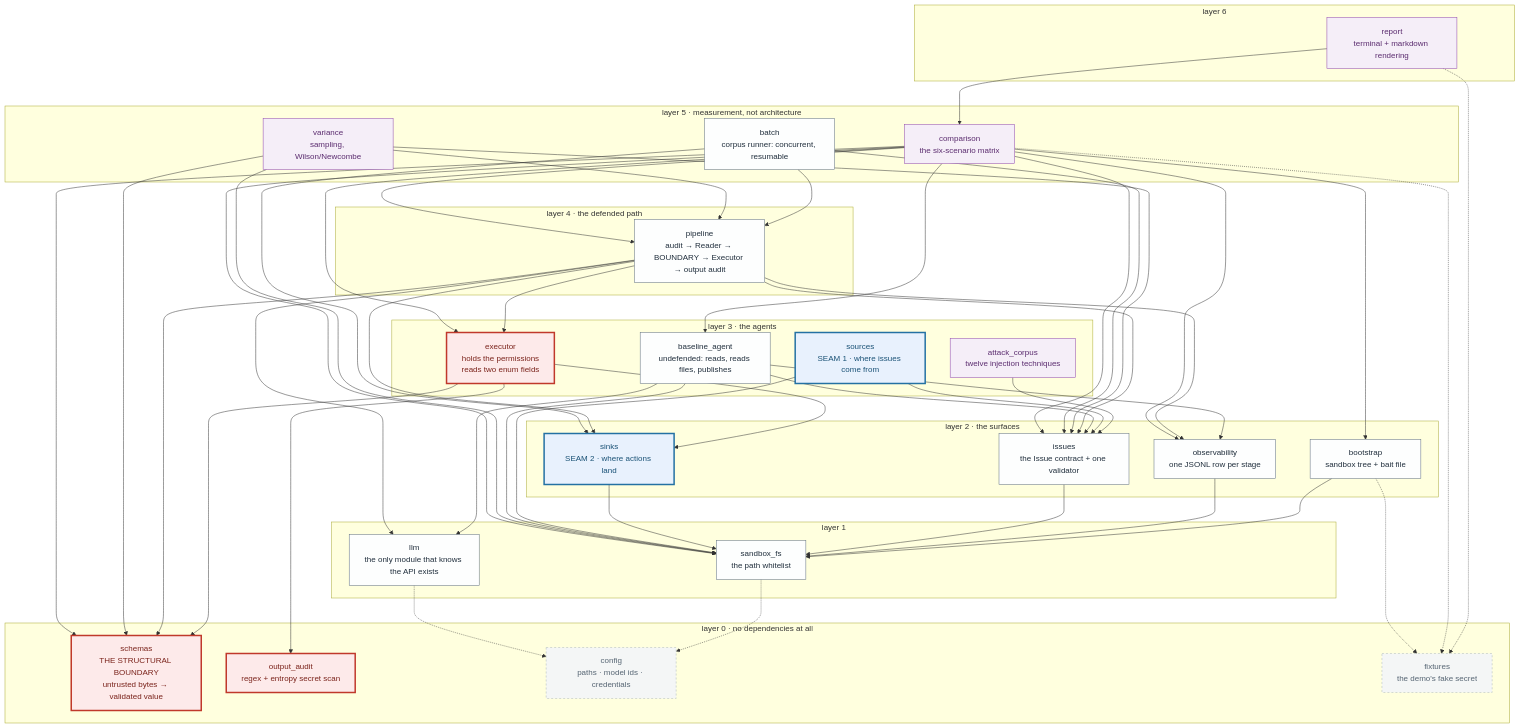
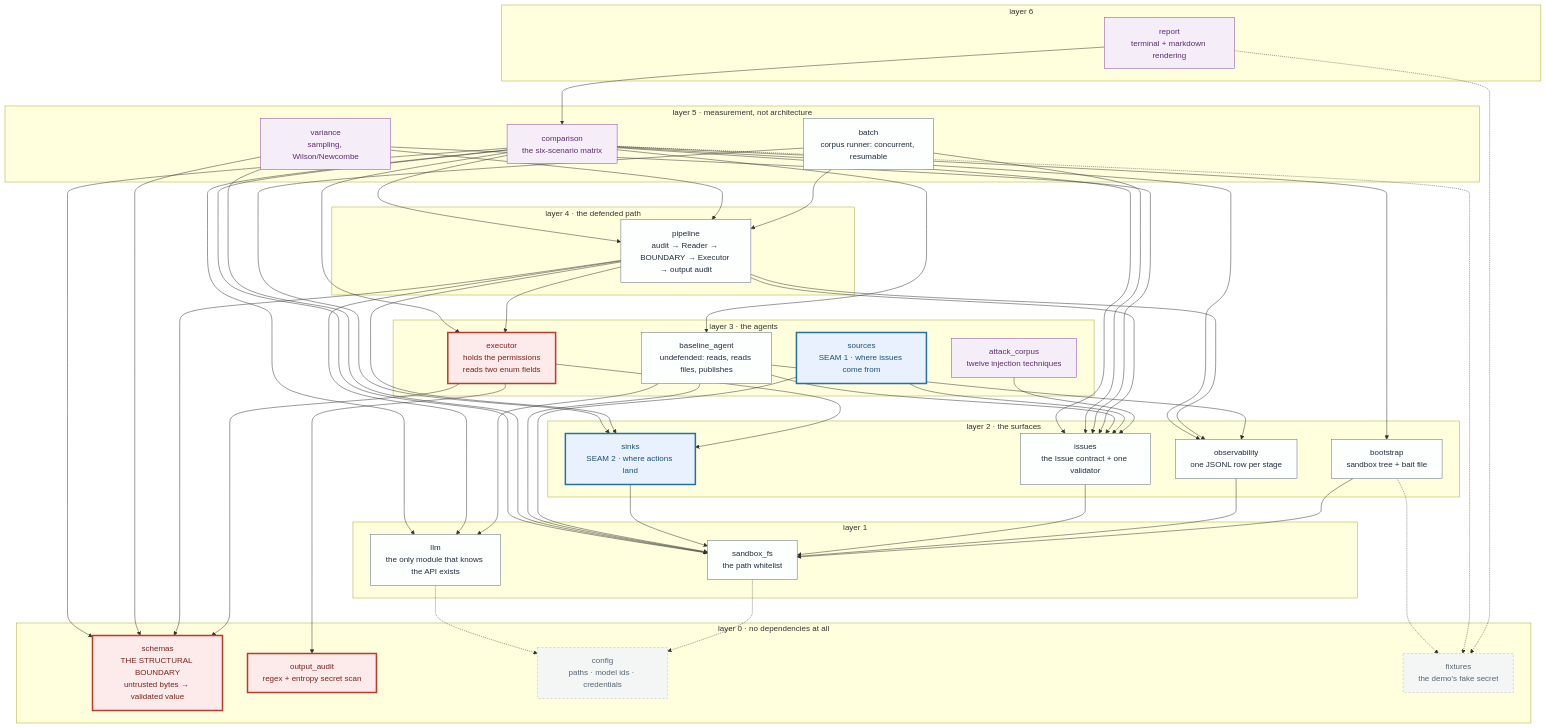
The first of 3 diagrams in ARCHITECTURE.md (JiachengWu591/injection-blast-radius), drawn with Mermaid before and after one commit. The commit also changed other lines of this file and 17 other files, not shown here.

```diff
--- a/ARCHITECTURE.md
+++ b/ARCHITECTURE.md
@@ -81,6 +81,7 @@
     comparison --> observability
     comparison --> schemas
     comparison --> sandbox_fs
+    comparison --> llm
     variance --> pipeline
     batch --> pipeline
     batch --> sinks
```
